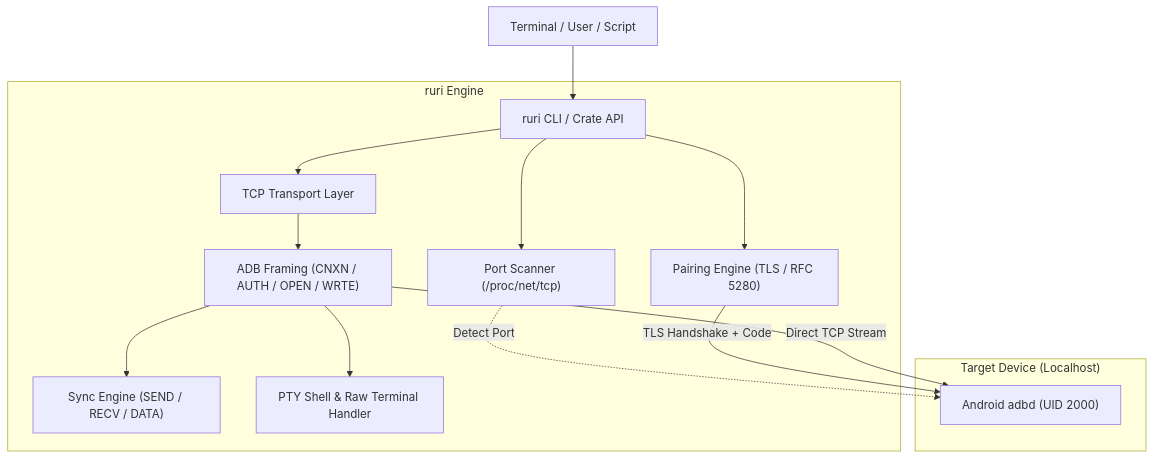
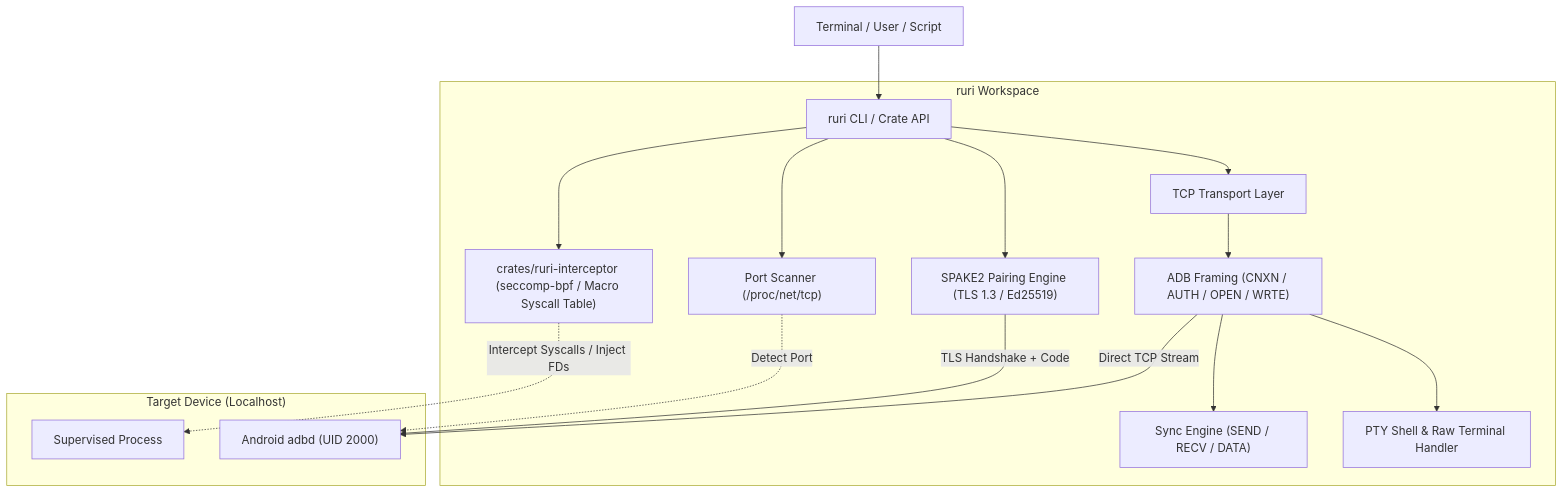
One commit to SSL-ACTX/ruri changed the diagram in README.md. Above: the diagram before and after it, drawn with Mermaid. The commit also changed other lines of this file and 27 other files, not shown here.

````diff
--- a/README.md
+++ b/README.md
@@ -24,20 +26,22 @@
 ```mermaid
 graph TD
     User["Terminal / User / Script"] --> CLI["ruri CLI / Crate API"]
 
-    subgraph "ruri Engine"
+    subgraph "ruri Workspace"
+        CLI --> RuriInterceptor["crates/ruri-interceptor (seccomp-bpf / Macro Syscall Table)"]
         CLI --> Scanner["Port Scanner (/proc/net/tcp)"]
-        CLI --> Pair["Pairing Engine (TLS / RFC 5280)"]
+        CLI --> Pair["SPAKE2 Pairing Engine (TLS 1.3 / Ed25519)"]
         CLI --> Transport["TCP Transport Layer"]
 
         Transport --> Protocol["ADB Framing (CNXN / AUTH / OPEN / WRTE)"]
         Protocol --> Sync["Sync Engine (SEND / RECV / DATA)"]
         Protocol --> PTY["PTY Shell & Raw Terminal Handler"]
     end
 
     subgraph "Target Device (Localhost)"
+        RuriInterceptor -. "Intercept Syscalls / Inject FDs" .-> ChildProc["Supervised Process"]
         Scanner -. "Detect Port" .-> ADBD["Android adbd (UID 2000)"]
         Pair -- "TLS Handshake + Code" --> ADBD
         Protocol -- "Direct TCP Stream" --> ADBD
     end
 ```
````
